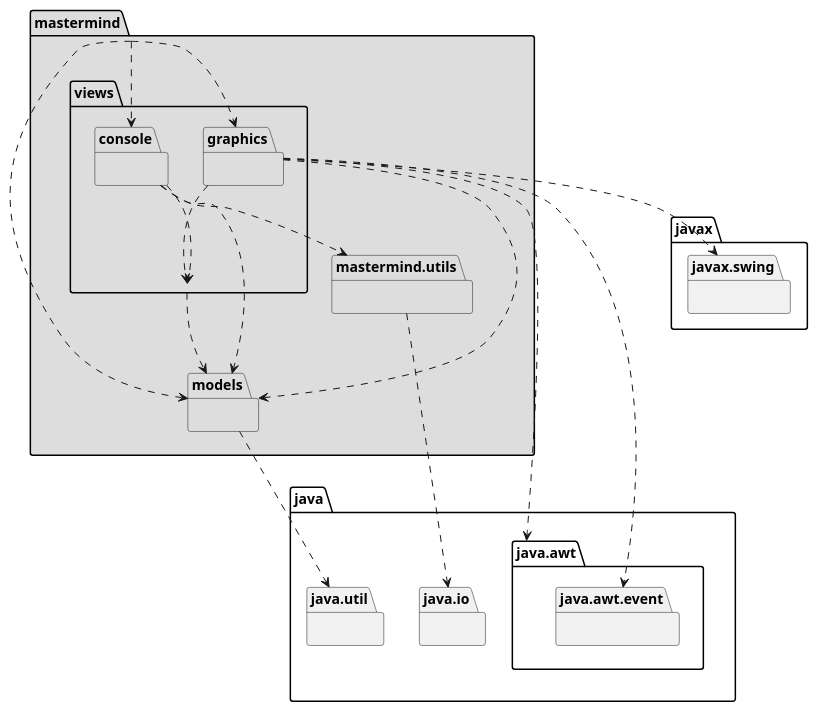
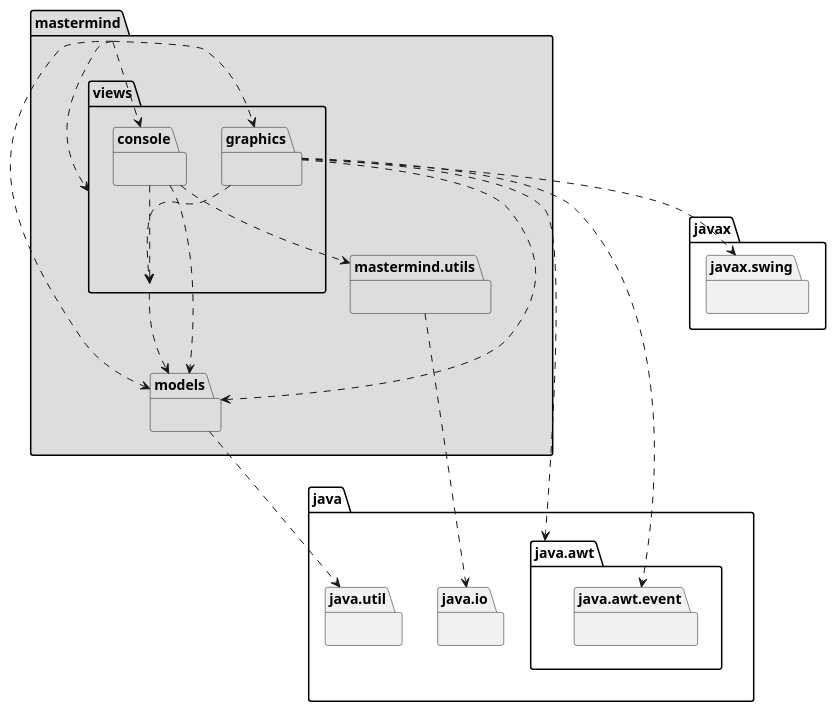
The diagram in documentView/withFactoryMethod/docs/diagrams/src/arquitectura.plantuml (SantaTecla-mastermind/solution.java.swing.socket.sql), drawn with PlantUML before and after one commit. The commit also changed 12 other files, not shown here.

Commit message:
DocumentView.WithFactoryMethod diagrams 2.0

```diff
--- a/documentView/withFactoryMethod/docs/diagrams/src/arquitectura.plantuml
+++ b/documentView/withFactoryMethod/docs/diagrams/src/arquitectura.plantuml
@@ -1,33 +1,34 @@
 @startuml arquitectura
 package mastermind #DDDDDD { }
-mastermind .down.> mastermind.views.console
-mastermind .down.> mastermind.views.graphics
-mastermind .down.> mastermind.models
-
-package mastermind.views #DDDDDD { }
-mastermind.views .down.> mastermind.models
+mastermind ..> mastermind.views
+mastermind ..> mastermind.models
+mastermind ..> mastermind.views.console
+mastermind ..> mastermind.views.graphics
 
 package mastermind.models #DDDDDD { }
 package java.util{ }
 mastermind.models .down.> java.util
 
 package mastermind.utils #DDDDDD { }
 package java.io{ }
 mastermind.utils .down.> java.io
 
+package mastermind.views #DDDDDD { }
+mastermind.views .down.> mastermind.models
+
 package mastermind.views.console #DDDDDD { }
+mastermind.views.console .down.> mastermind.views
 mastermind.views.console .down.> mastermind.models
 mastermind.views.console .down.> mastermind.utils
-mastermind.views.console .down.> mastermind.views
 
 package mastermind.views.graphics #DDDDDD { }
 package java.awt{ }
+mastermind.views.graphics .down.> java.awt
 package java.awt.event{ }
-package javax.swing{ }
+mastermind.views.graphics .down.> java.awt.event
 mastermind.views.graphics .down.> mastermind.views
 mastermind.views.graphics .down.> mastermind.models
-mastermind.views.graphics .down.> java.awt
-mastermind.views.graphics .down.> java.awt.event
+package javax.swing{ }
 mastermind.views.graphics .down.> javax.swing
 
 @enduml
```
